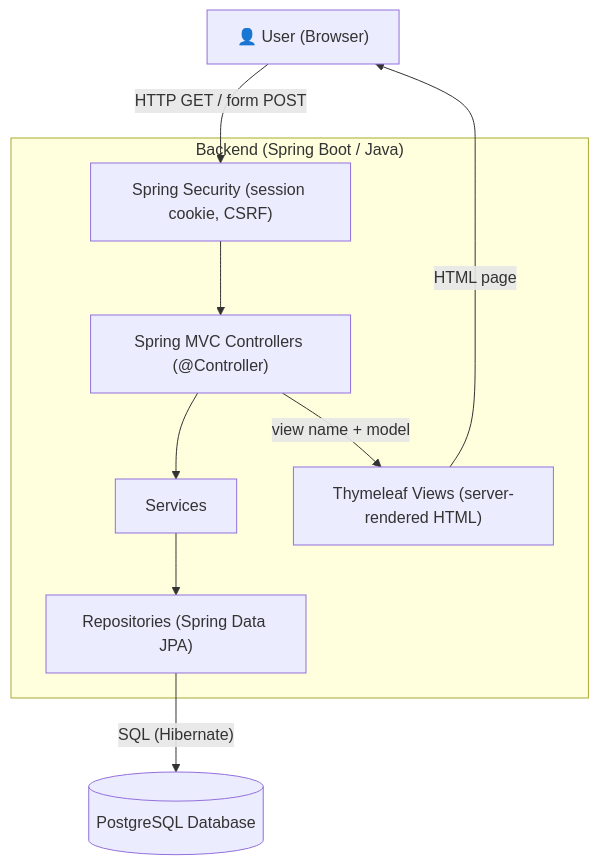
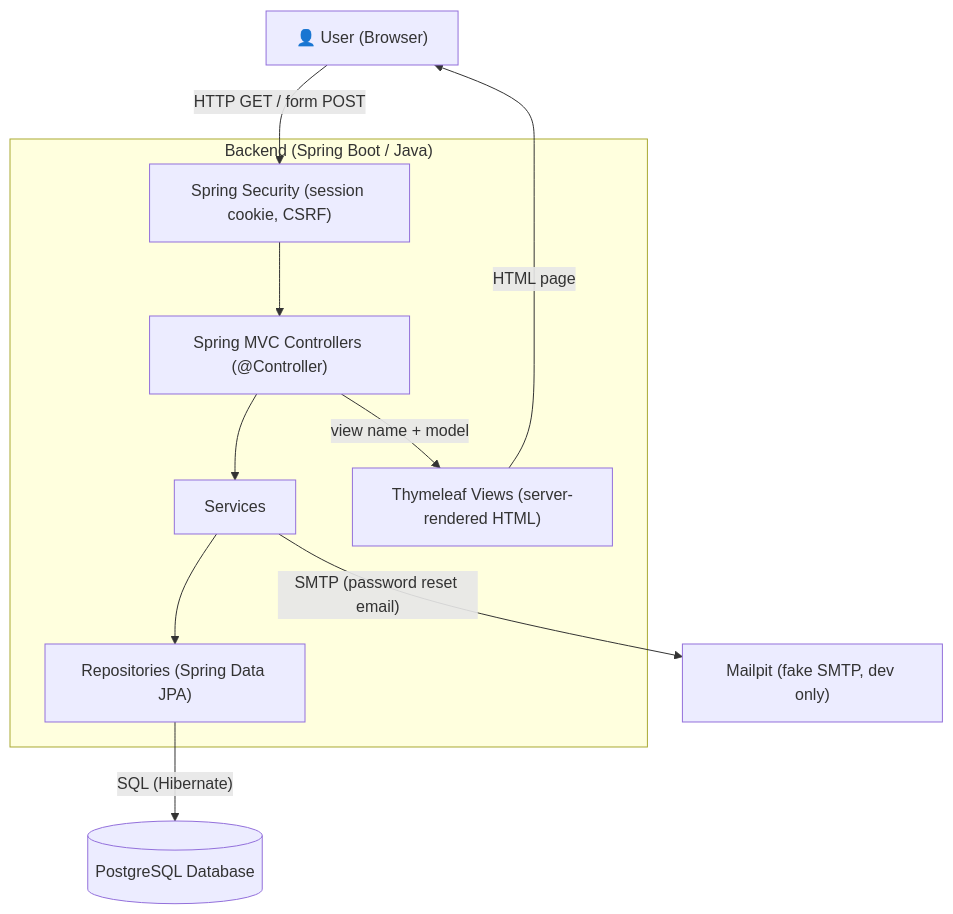
Before and after one commit to ebouchut/learn-dev: the first of 5 diagrams in CONTRIBUTING.md, drawn with Mermaid. The commit also changed other lines of this file, not shown here.

Commit message:
docs(contributing): Document the password reset flow and new packages

````diff
--- a/CONTRIBUTING.md
+++ b/CONTRIBUTING.md
@@ -56,22 +56,24 @@
 ```mermaid
 graph TD
     U["👤 User (Browser)"]
 
     subgraph BE["Backend (Spring Boot / Java)"]
         Security["Spring Security (session cookie, CSRF)"]
         Controllers["Spring MVC Controllers (@Controller)"]
         Services["Services"]
         Repositories["Repositories (Spring Data JPA)"]
         Views["Thymeleaf Views (server-rendered HTML)"]
     end
 
     DB[("PostgreSQL Database")]
+    MP["Mailpit (fake SMTP, dev only)"]
 
     U -->|"HTTP GET / form POST"| Security
     Security --> Controllers
     Controllers --> Services
     Services --> Repositories
     Repositories -->|"SQL (Hibernate)"| DB
+    Services -->|"SMTP (password reset email)"| MP
     Controllers -->|"view name + model"| Views
     Views -->|"HTML page"| U
 ```
````
